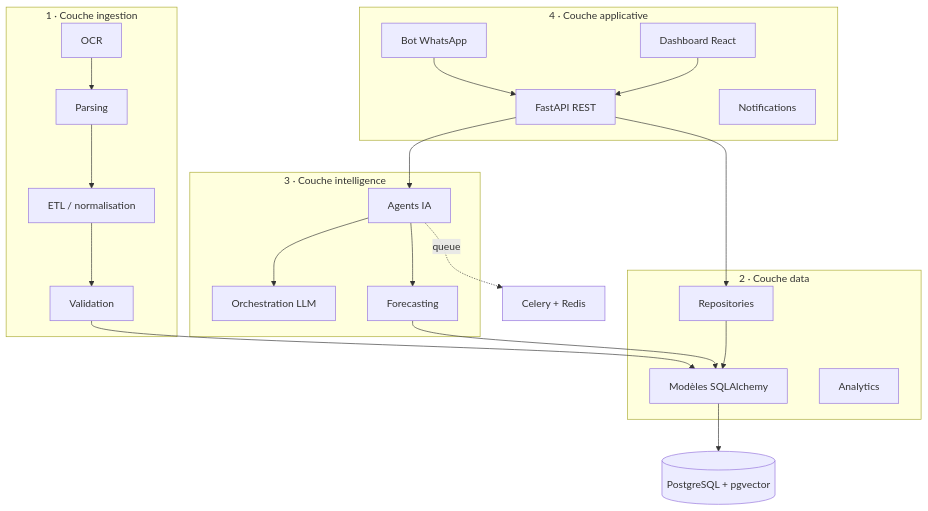
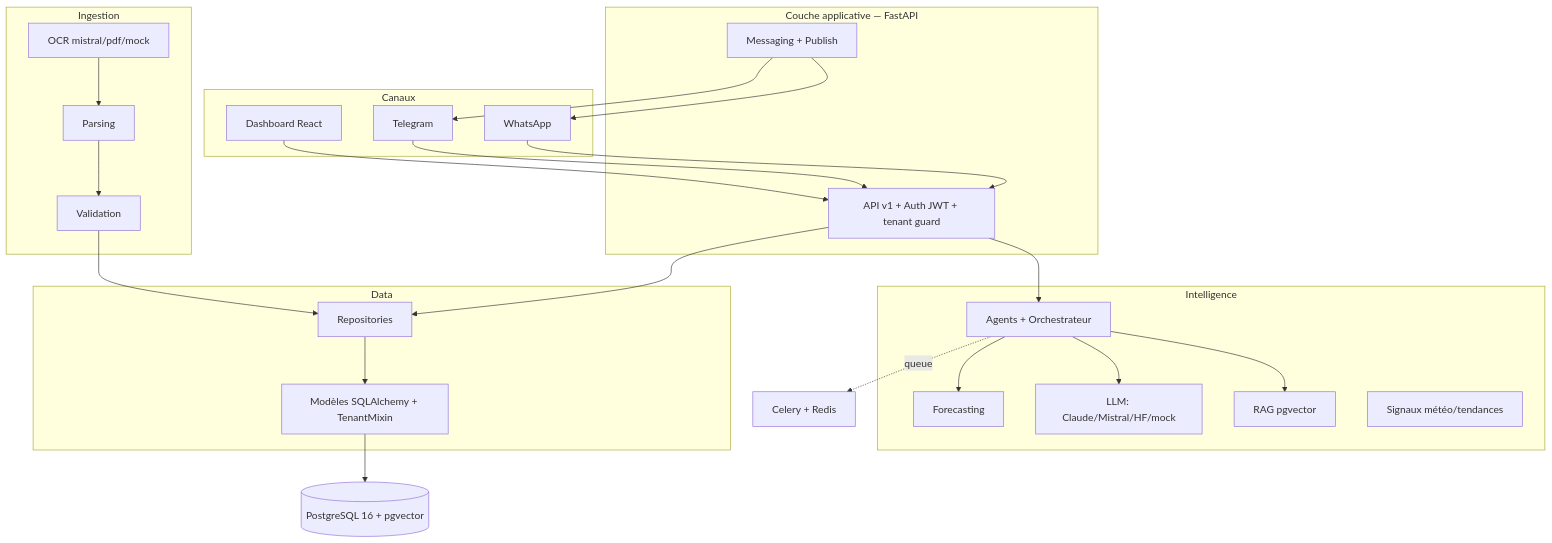
One commit to saberdhib/MyHanout changed the diagram in README.md. Above: the diagram before and after it, drawn with Mermaid. The commit also changed other lines of this file and 22 other files, not shown here.

First line of the commit message:
feat: Telegram provider, HuggingFace LLM/embeddings, invoice paid/edit, deploy-ready, docs

````diff
--- a/README.md
+++ b/README.md
@@ -27,37 +33,33 @@
 ```mermaid
 flowchart TB
-    subgraph Applicative["4 · Couche applicative"]
-        API[FastAPI REST]
-        WA[Bot WhatsApp]
-        DASH[Dashboard React]
-        NOTIF[Notifications]
+    subgraph Canaux
+        WA[WhatsApp]
+        TG[Telegram]
+        WEB[Dashboard React]
     end
-    subgraph Intelligence["3 · Couche intelligence"]
-        FC[Forecasting]
-        AG[Agents IA]
-        LLM[Orchestration LLM]
+    subgraph App["Couche applicative — FastAPI"]
+        API[API v1 + Auth JWT + tenant guard]
+        MSG[Messaging + Publish]
     end
-    subgraph Data["2 · Couche data"]
-        MODELS[Modèles SQLAlchemy]
+    subgraph Intel["Intelligence"]
+        FC[Forecasting] 
+        AG[Agents + Orchestrateur]
+        LLM[LLM: Claude/Mistral/HF/mock]
+        RAG[RAG pgvector]
+        SIG[Signaux météo/tendances]
+    end
+    subgraph Data
         REPO[Repositories]
-        ANALYTICS[Analytics]
+        MODELS[Modèles SQLAlchemy + TenantMixin]
     end
-    subgraph Ingestion["1 · Couche ingestion"]
-        OCR[OCR]
-        PARSE[Parsing]
-        ETL[ETL / normalisation]
-        VALID[Validation]
+    subgraph Ingestion
+        OCR[OCR mistral/pdf/mock] --> PARSE[Parsing] --> VALID[Validation]
     end
-
-    WA --> API
-    DASH --> API
-    API --> AG
-    AG --> LLM
-    AG --> FC
-    API --> REPO
-    REPO --> MODELS
-    OCR --> PARSE --> ETL --> VALID --> MODELS
-    FC --> MODELS
-    MODELS --> PG[(PostgreSQL + pgvector)]
+    WA & TG & WEB --> API
+    API --> AG --> LLM
+    AG --> FC & RAG
+    API --> REPO --> MODELS --> PG[(PostgreSQL 16 + pgvector)]
+    VALID --> REPO
+    MSG --> WA & TG
     AG -.queue.-> WORKER[Celery + Redis]
 ```
````
